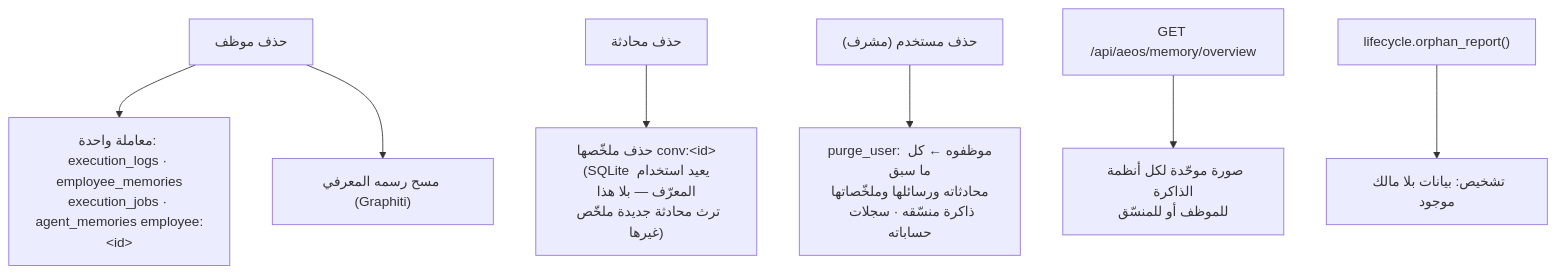
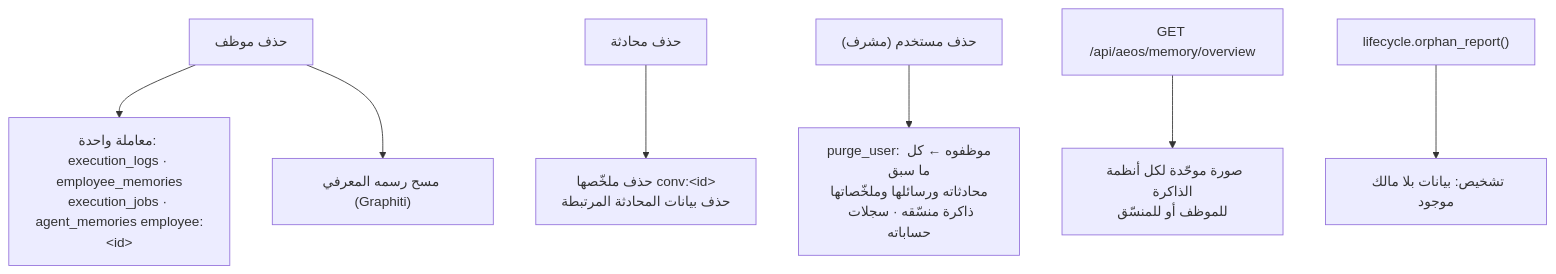
The seventh of 10 diagrams in docs/ARCHITECTURE.md (Mrsos07/Moj-Agentic-AI), drawn with Mermaid before and after one commit. The commit also changed other lines of this file and 27 other files, not shown here.

````diff
--- a/docs/ARCHITECTURE.md
+++ b/docs/ARCHITECTURE.md
@@ -281,9 +281,9 @@
 ```mermaid
 flowchart TB
     DE["حذف موظف"] --> P1["معاملة واحدة: execution_logs · employee_memories<br/>execution_jobs · agent_memories employee:&lt;id&gt;"]
     DE --> P2["مسح رسمه المعرفي (Graphiti)"]
-    DC["حذف محادثة"] --> P3["حذف ملخّصها conv:&lt;id&gt;<br/>(SQLite يعيد استخدام المعرّف — بلا هذا<br/>ترث محادثة جديدة ملخّص غيرها)"]
+    DC["حذف محادثة"] --> P3["حذف ملخّصها conv:&lt;id&gt;<br/>حذف بيانات المحادثة المرتبطة"]
     DU["حذف مستخدم (مشرف)"] --> P4["purge_user: موظفوه ← كل ما سبق<br/>محادثاته ورسائلها وملخّصاتها<br/>ذاكرة منسّقه · سجلات حساباته"]
     OV["GET /api/aeos/memory/overview"] --> V["صورة موحّدة لكل أنظمة الذاكرة<br/>للموظف أو للمنسّق"]
     OR["lifecycle.orphan_report()"] --> V2["تشخيص: بيانات بلا مالك موجود"]
 ```
````
